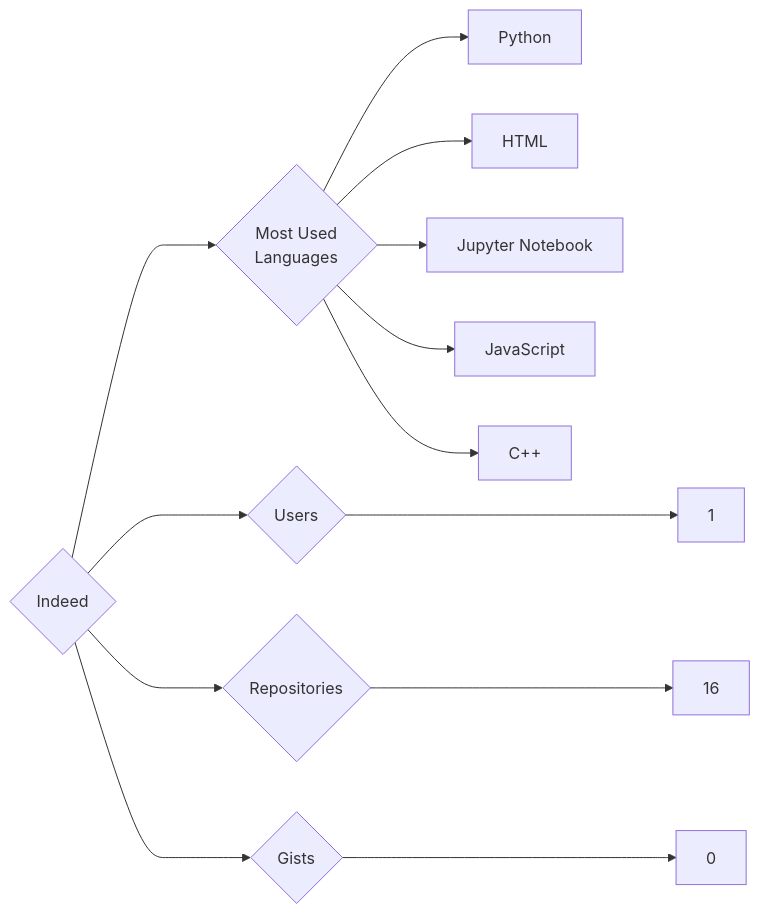
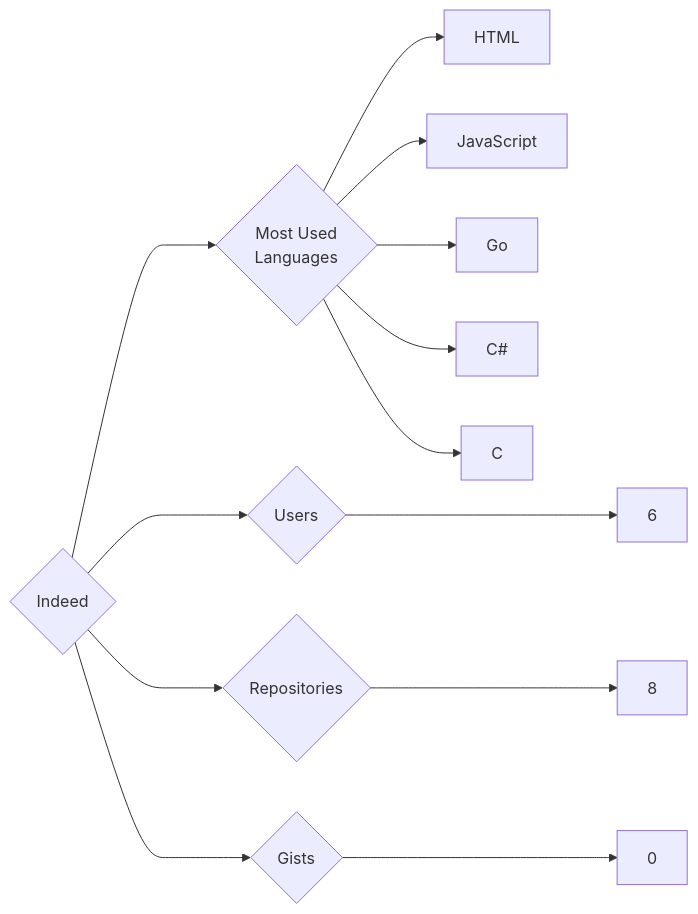
Before and after one commit to trickest/insiders: the diagram in targets/Indeed/README.md, drawn with Mermaid. The commit also changed 984 other files, not shown here.

````diff
--- a/targets/Indeed/README.md
+++ b/targets/Indeed/README.md
@@ -3,13 +3,13 @@
 ```mermaid
 graph LR
 COMPANY_NAME{Indeed}
-COMPANY_NAME ---> U{Users} ---> UN[1]
-COMPANY_NAME ---> R{Repositories} ---> RN[16]
+COMPANY_NAME ---> U{Users} ---> UN[6]
+COMPANY_NAME ---> R{Repositories} ---> RN[8]
 COMPANY_NAME ---> G{Gists} ---> GN[0]
 COMPANY_NAME ---> ML{Most Used<br>Languages}
-ML --> Python[Python]
 ML --> HTML[HTML]
-ML --> Jupyter_Notebook[Jupyter Notebook]
 ML --> JavaScript[JavaScript]
-ML --> C++[C++]
+ML --> Go[Go]
+ML --> C#[C#]
+ML --> C[C]
 ```
````
